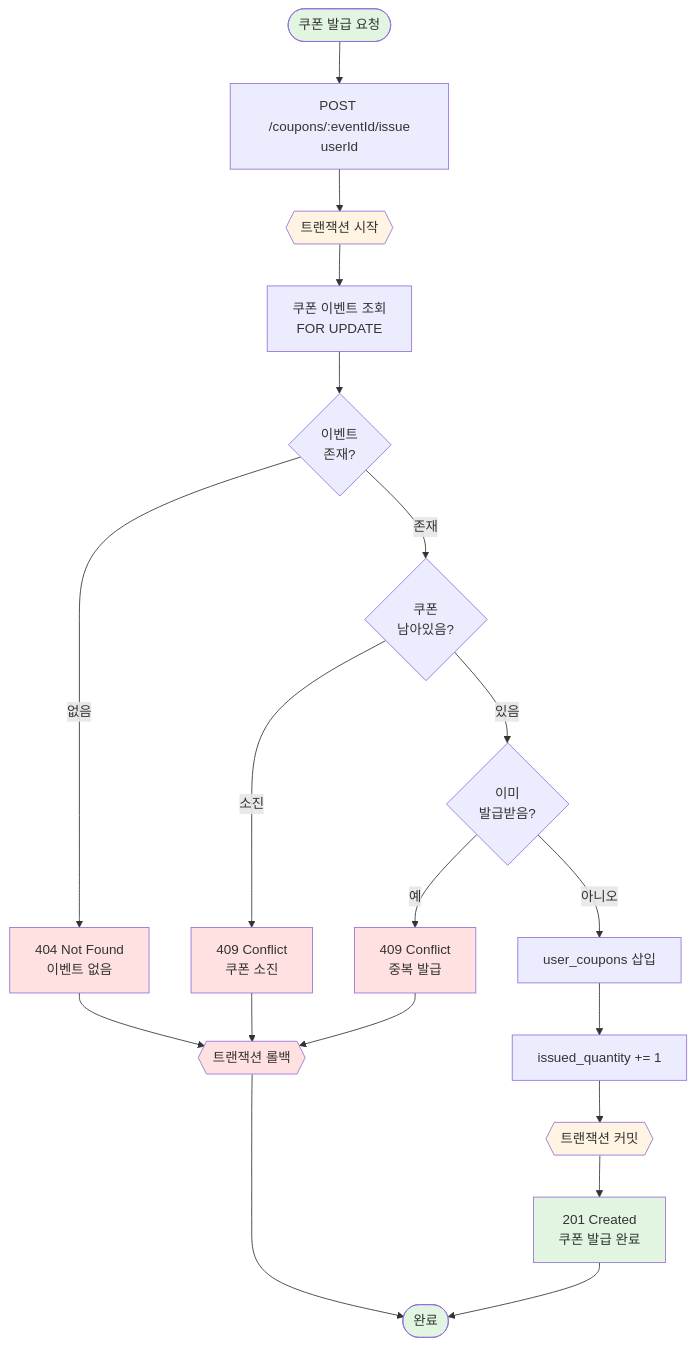
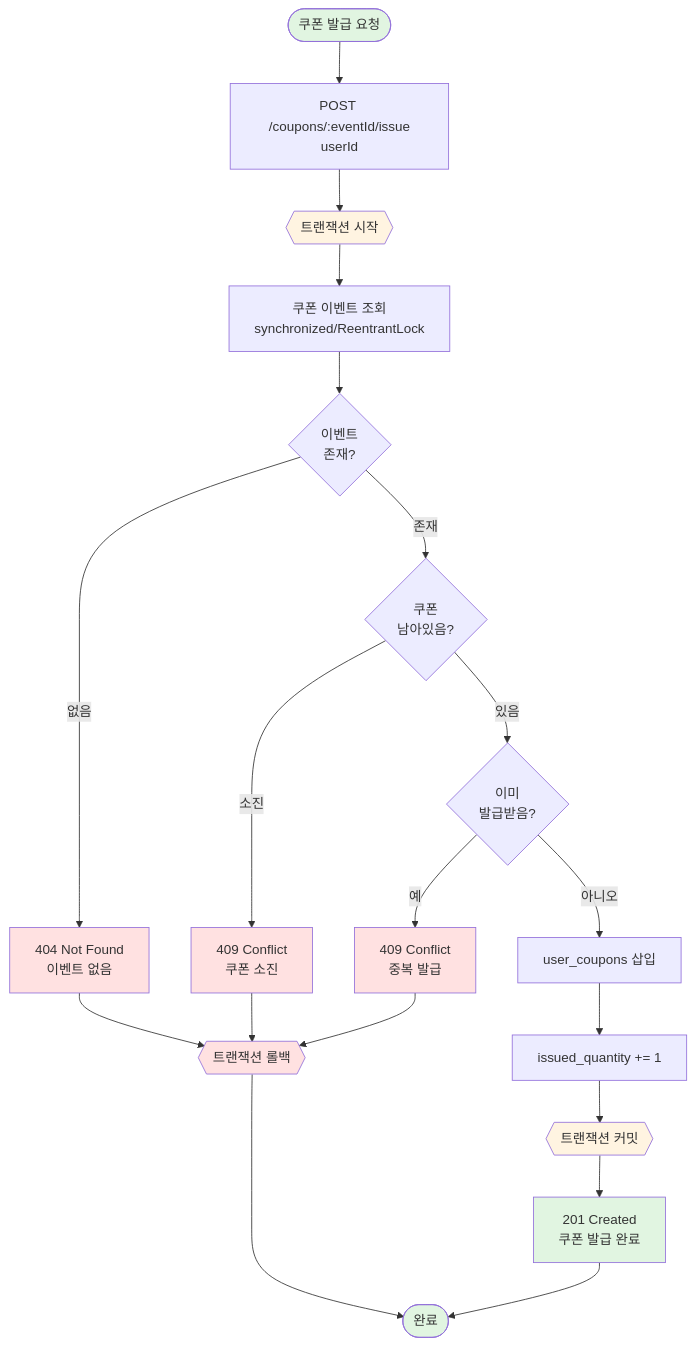
Before and after one commit to jaedeokhan/start-study: the sixth of 9 diagrams in week2-api-design-management/api-swagger/docs/api/flowcharts.md, drawn with Mermaid. The commit also changed other lines of this file and 6 other files, not shown here.

Commit message:
chore: 상품, 주문, 결제, 쿠폰, 재고 ERD 및 시퀀스 및 ERD 구성

````diff
--- a/week2-api-design-management/api-swagger/docs/api/flowcharts.md
+++ b/week2-api-design-management/api-swagger/docs/api/flowcharts.md
@@ -290,37 +290,37 @@
 ```mermaid
 flowchart TD
     Start([쿠폰 발급 요청]) --> IssueAPI[POST /coupons/:eventId/issue<br/>userId]
 
     IssueAPI --> TxStart{{트랜잭션 시작}}
 
-    TxStart --> LockEvent[쿠폰 이벤트 조회<br/>FOR UPDATE]
+    TxStart --> LockEvent[쿠폰 이벤트 조회<br/>synchronized/ReentrantLock]
     LockEvent --> CheckEvent{이벤트<br/>존재?}
     CheckEvent -->|없음| ErrorEvent[404 Not Found<br/>이벤트 없음]
     CheckEvent -->|존재| CheckQuantity{쿠폰<br/>남아있음?}
 
     CheckQuantity -->|소진| ErrorSoldOut[409 Conflict<br/>쿠폰 소진]
     CheckQuantity -->|있음| CheckDuplicate{이미<br/>발급받음?}
 
     CheckDuplicate -->|예| ErrorDuplicate[409 Conflict<br/>중복 발급]
     CheckDuplicate -->|아니오| IssueCoupon[user_coupons 삽입]
 
     IssueCoupon --> IncreaseCount[issued_quantity += 1]
     IncreaseCount --> TxCommit{{트랜잭션 커밋}}
     TxCommit --> Success[201 Created<br/>쿠폰 발급 완료]
 
     ErrorEvent --> TxRollback{{트랜잭션 롤백}}
     ErrorSoldOut --> TxRollback
     ErrorDuplicate --> TxRollback
     TxRollback --> End([완료])
     Success --> End
 
     style Start fill:#e1f5e1
     style Success fill:#e1f5e1
     style End fill:#e1f5e1
     style TxStart fill:#fff4e1
     style TxCommit fill:#fff4e1
     style TxRollback fill:#ffe1e1
     style ErrorEvent fill:#ffe1e1
     style ErrorSoldOut fill:#ffe1e1
     style ErrorDuplicate fill:#ffe1e1
 ```
````
